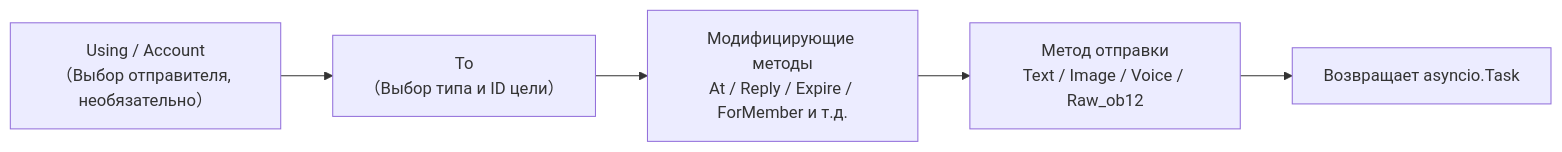
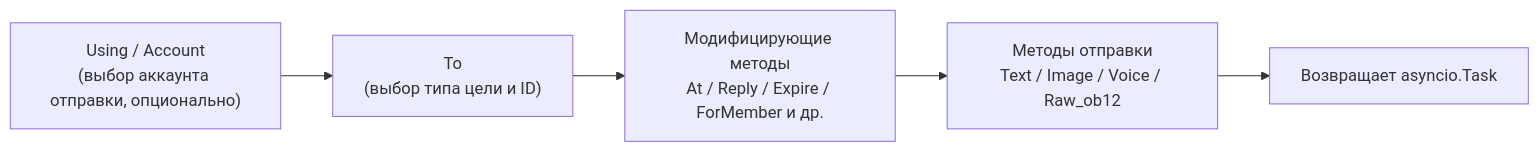
Before and after one commit to ErisPulse/ErisPulse: the first of 2 diagrams in docs/ru/developer-guide/adapters/send-dsl.md, drawn with Mermaid. The commit also changed other lines of this file and 828 other files, not shown here.

````diff
--- a/docs/ru/developer-guide/adapters/send-dsl.md
+++ b/docs/ru/developer-guide/adapters/send-dsl.md
@@ -36,7 +37,7 @@
 ```mermaid
 flowchart LR
-    A["Using / Account<br/>（Выбор отправителя, необязательно）"] --> B["To<br/>（Выбор типа и ID цели）"]
-    B --> C["Модифицирующие методы<br/>At / Reply / Expire / ForMember и т.д."]
-    C --> D["Метод отправки<br/>Text / Image / Voice / Raw_ob12"]
+    A["Using / Account<br/>(выбор аккаунта отправки, опционально)"] --> B["To<br/>(выбор типа цели и ID)"]
+    B --> C["Модифицирующие методы<br/>At / Reply / Expire / ForMember и др."]
+    C --> D["Методы отправки<br/>Text / Image / Voice / Raw_ob12"]
     D --> E["Возвращает asyncio.Task"]
 ```
````
